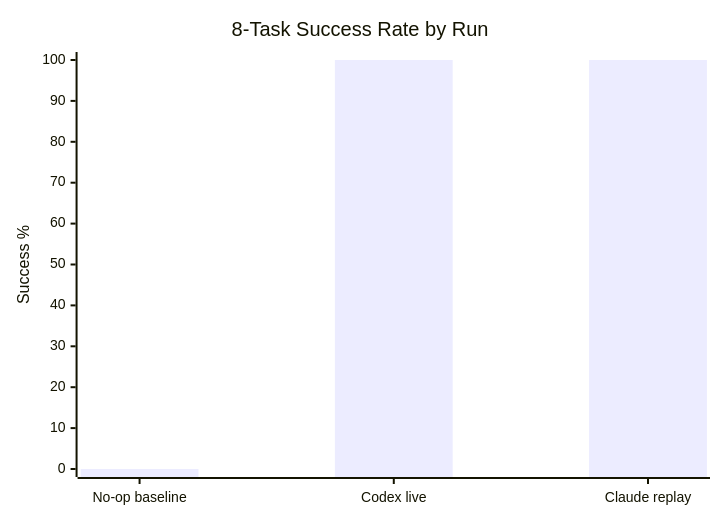
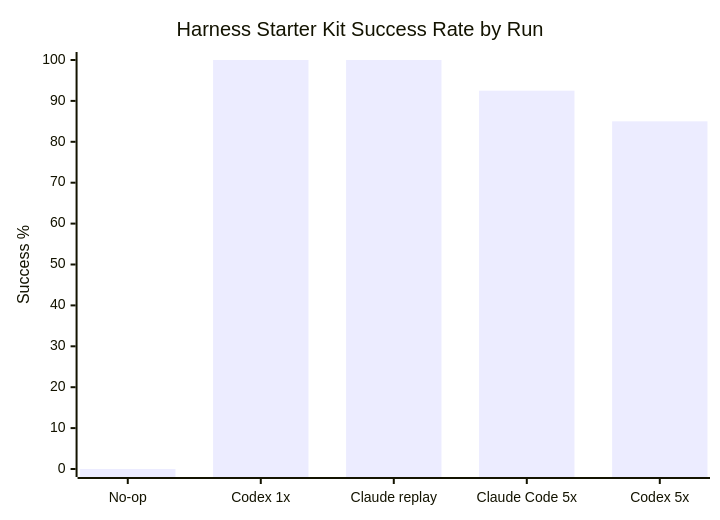
One commit to harnessworks/harness-agent-benchmark-runner changed the diagram in README.md. Above: the diagram before and after it, drawn with Mermaid. The commit also changed other lines of this file and 3 other files, not shown here.

````diff
--- a/README.md
+++ b/README.md
@@ -31,7 +33,7 @@
 ```mermaid
 xychart-beta
-    title "8-Task Success Rate by Run"
-    x-axis ["No-op baseline", "Codex live", "Claude replay"]
+    title "Harness Starter Kit Success Rate by Run"
+    x-axis ["No-op", "Codex 1x", "Claude replay", "Claude Code 5x", "Codex 5x"]
     y-axis "Success %" 0 --> 100
-    bar [0, 100, 100]
+    bar [0, 100, 100, 92.5, 85]
 ```
````
